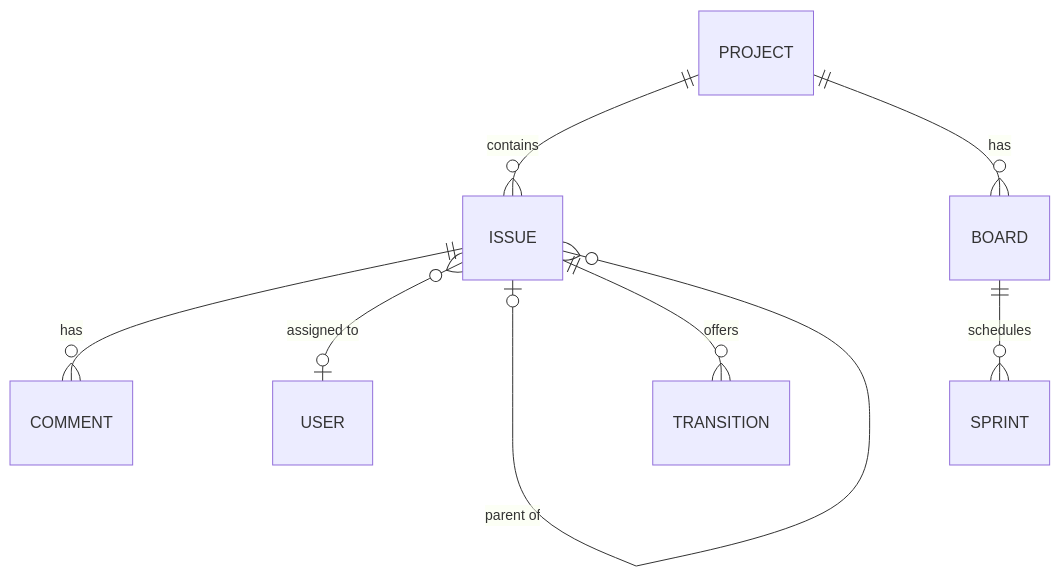
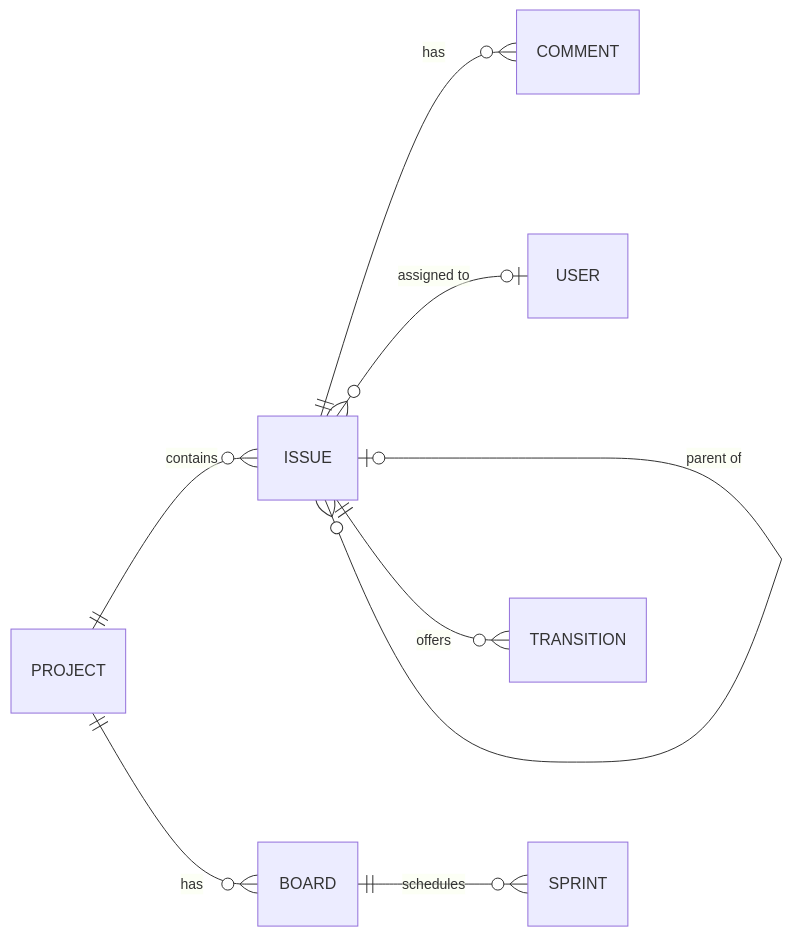
One commit to alephic-ai/foac changed the diagram in doc/jira.md. Above: the diagram before and after it, drawn with Mermaid. The commit also changed 2 other files, not shown here.

Commit message:
docs: render wide provider ERDs top-bottom
Mermaid erDiagram defaults to TB, where sibling entities fan out
horizontally; direction LR stacks them vertically, so the Linear, GitHub,
and Jira diagrams render tall and narrow instead of ~2900px wide.

````diff
--- a/doc/jira.md
+++ b/doc/jira.md
@@ -43,10 +43,12 @@
 ```mermaid
 erDiagram
+    %% LR stacks siblings vertically: tall and narrow instead of very wide
+    direction LR
     PROJECT ||--o{ ISSUE : contains
     ISSUE ||--o{ COMMENT : has
     ISSUE }o--o| USER : "assigned to"
     ISSUE |o--o{ ISSUE : "parent of"
     ISSUE ||--o{ TRANSITION : offers
     PROJECT ||--o{ BOARD : has
     BOARD ||--o{ SPRINT : schedules
 ```
````
